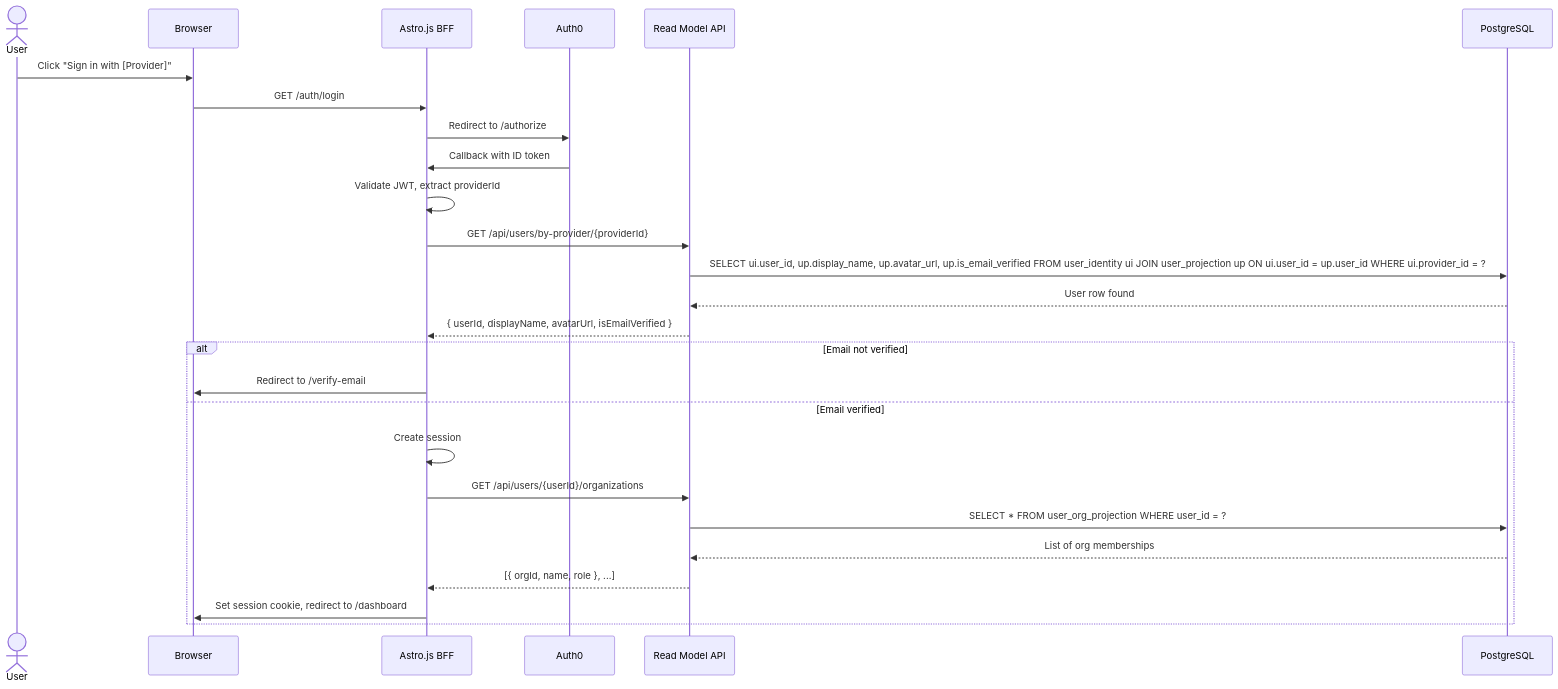
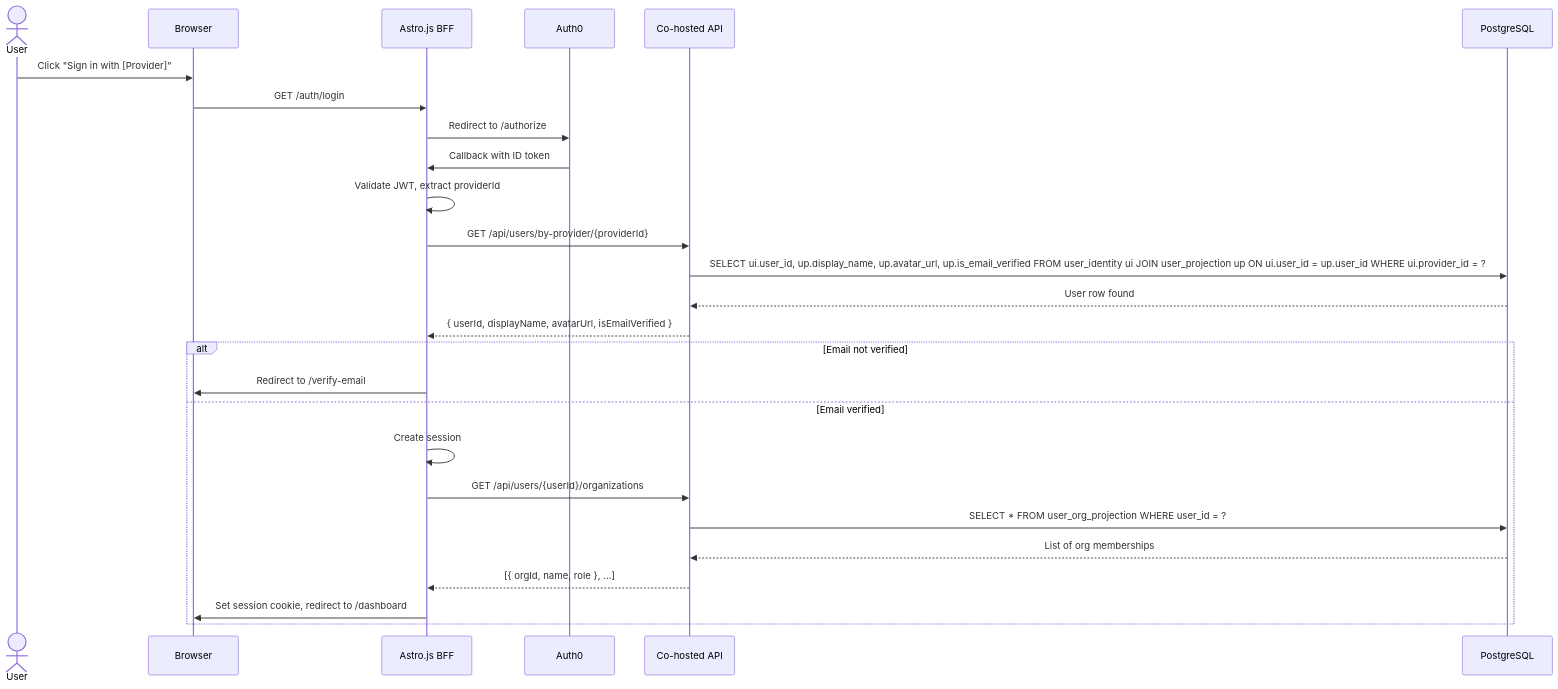
One commit to lekhasy/Vut changed diagram 11 of 19 in epics/01-epic-first-signin-org/architecture/architecture.md. Above: the diagram before and after it, drawn with Mermaid. The commit also changed other lines of this file and 32 other files, not shown here.

````diff
--- a/epics/01-epic-first-signin-org/architecture/architecture.md
+++ b/epics/01-epic-first-signin-org/architecture/architecture.md
@@ -862,30 +970,30 @@
 ```mermaid
 sequenceDiagram
     actor User
     participant Browser
     participant BFF as Astro.js BFF
     participant Auth0
-    participant RM as Read Model API
+    participant API as Co-hosted API
     participant PG as PostgreSQL
 
     User->>Browser: Click "Sign in with [Provider]"
     Browser->>BFF: GET /auth/login
     BFF->>Auth0: Redirect to /authorize
     Auth0->>BFF: Callback with ID token
     BFF->>BFF: Validate JWT, extract providerId
-    BFF->>RM: GET /api/users/by-provider/{providerId}
-    RM->>PG: SELECT ui.user_id, up.display_name, up.avatar_url, up.is_email_verified FROM user_identity ui JOIN user_projection up ON ui.user_id = up.user_id WHERE ui.provider_id = ?
-    PG-->>RM: User row found
-    RM-->>BFF: { userId, displayName, avatarUrl, isEmailVerified }
+    BFF->>API: GET /api/users/by-provider/{providerId}
+    API->>PG: SELECT ui.user_id, up.display_name, up.avatar_url, up.is_email_verified FROM user_identity ui JOIN user_projection up ON ui.user_id = up.user_id WHERE ui.provider_id = ?
+    PG-->>API: User row found
+    API-->>BFF: { userId, displayName, avatarUrl, isEmailVerified }
 
     alt Email not verified
         BFF->>Browser: Redirect to /verify-email
     else Email verified
         BFF->>BFF: Create session
-        BFF->>RM: GET /api/users/{userId}/organizations
-        RM->>PG: SELECT * FROM user_org_projection WHERE user_id = ?
-        PG-->>RM: List of org memberships
-        RM-->>BFF: [{ orgId, name, role }, ...]
+        BFF->>API: GET /api/users/{userId}/organizations
+        API->>PG: SELECT * FROM user_org_projection WHERE user_id = ?
+        PG-->>API: List of org memberships
+        API-->>BFF: [{ orgId, name, role }, ...]
         BFF->>Browser: Set session cookie, redirect to /dashboard
     end
 ```
````
